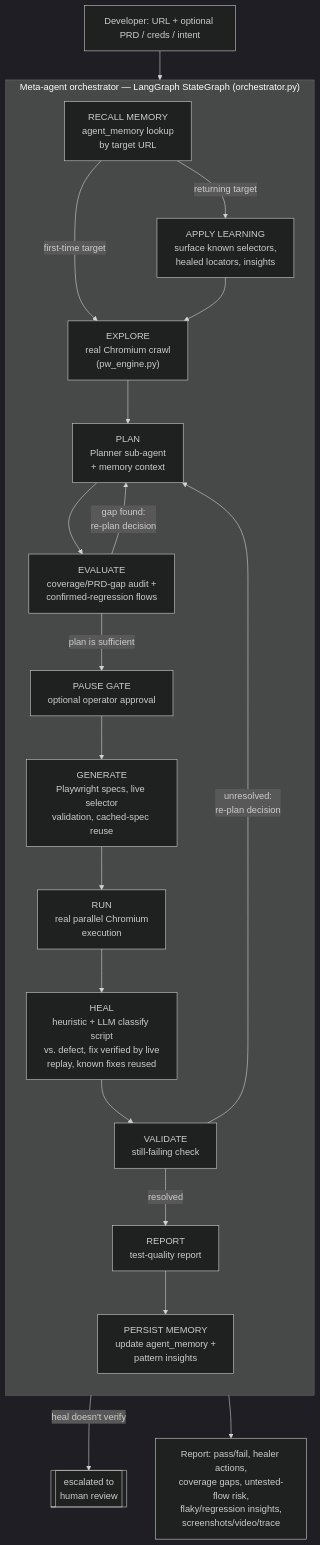
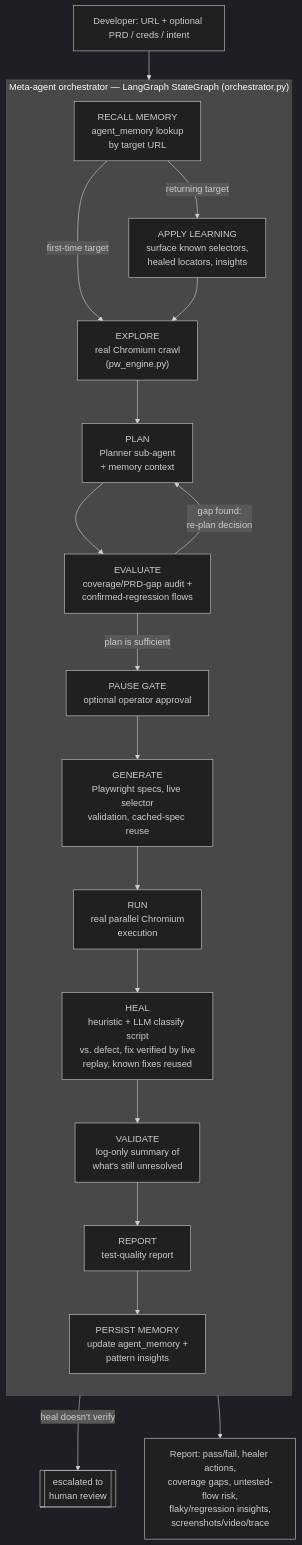
One commit to rishikajassal98/qalchemist changed the diagram in README.md. Above: the diagram before and after it, drawn with Mermaid (dark theme). The commit also changed other lines of this file and 7 other files, not shown here.

````diff
--- a/README.md
+++ b/README.md
@@ -41,26 +41,25 @@
 ```mermaid
 flowchart TD
     U[Developer: URL + optional PRD / creds / intent] --> META
 
     subgraph META["Meta-agent orchestrator — LangGraph StateGraph (orchestrator.py)"]
         direction TB
         RECALL["RECALL MEMORY<br/>agent_memory lookup<br/>by target URL"] -->|"returning target"| LEARN
         RECALL -->|"first-time target"| EXPLORE
         LEARN["APPLY LEARNING<br/>surface known selectors,<br/>healed locators, insights"] --> EXPLORE
         EXPLORE["EXPLORE<br/>real Chromium crawl<br/>(pw_engine.py)"] --> PLAN
         PLAN["PLAN<br/>Planner sub-agent<br/>+ memory context"] --> EVAL
         EVAL["EVALUATE<br/>coverage/PRD-gap audit +<br/>confirmed-regression flows"] -->|"gap found:<br/>re-plan decision"| PLAN
         EVAL -->|"plan is sufficient"| GATE
         GATE["PAUSE GATE<br/>optional operator approval"] --> GEN
         GEN["GENERATE<br/>Playwright specs, live selector<br/>validation, cached-spec reuse"] --> RUN
         RUN["RUN<br/>real parallel Chromium<br/>execution"] --> HEAL
         HEAL["HEAL<br/>heuristic + LLM classify script<br/>vs. defect, fix verified by live<br/>replay, known fixes reused"] --> VALIDATE
-        VALIDATE["VALIDATE<br/>still-failing check"] -->|"unresolved:<br/>re-plan decision"| PLAN
-        VALIDATE -->|"resolved"| REPORT
+        VALIDATE["VALIDATE<br/>log-only summary of<br/>what's still unresolved"] --> REPORT
         REPORT["REPORT<br/>test-quality report"] --> PERSIST
         PERSIST["PERSIST MEMORY<br/>update agent_memory +<br/>pattern insights"]
     end
 
     HEAL -->|"heal doesn't verify"| ESCALATE[["escalated to<br/>human review"]]
     PERSIST --> OUT[Report: pass/fail, healer actions,<br/>coverage gaps, untested-flow risk,<br/>flaky/regression insights,<br/>screenshots/video/trace]
 ```
````
